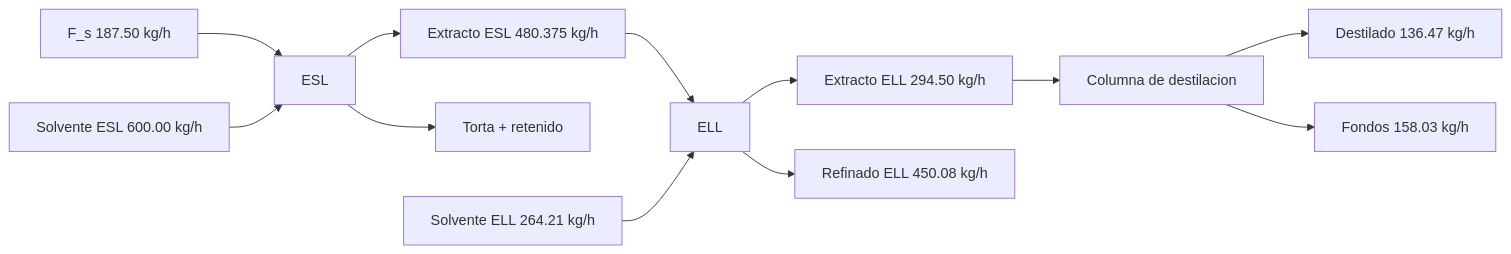
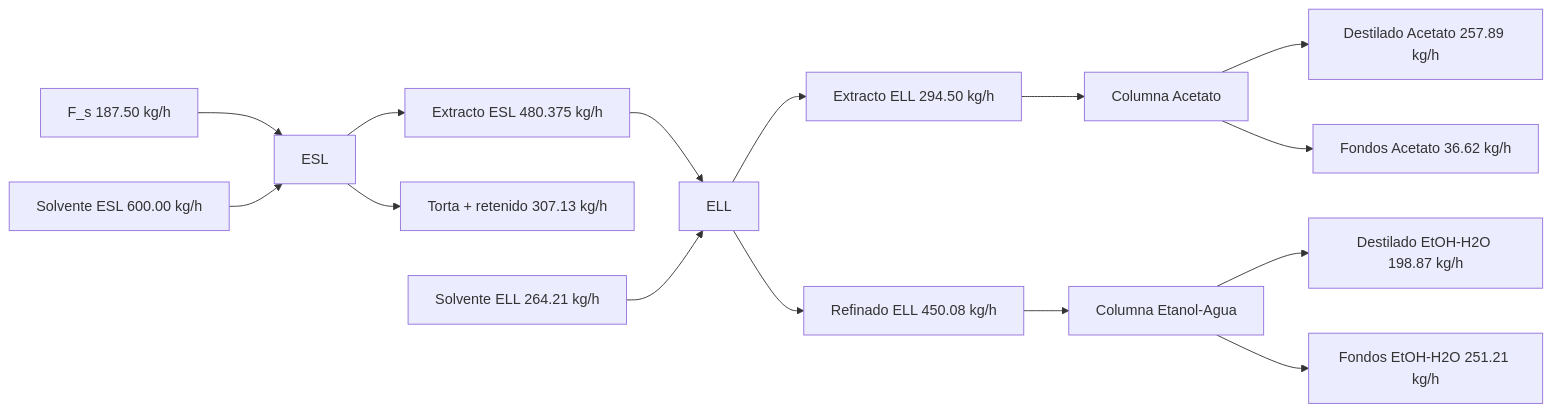
One commit to FosforoWork/Fenomenological_Digital_Model_Unit_Processes changed the second of 2 diagrams in PROYECTO_3ER BLOQUE/docs/Informe_3er_Bloque.md. Above: the diagram before and after it, drawn with Mermaid. The commit also changed other lines of this file and 16 other files, not shown here.

Commit message:
Add documentation for tamizado calculations and operations unitarias; implement graph generation for ELL and McCabe-Thiele diagrams

````diff
--- a/PROYECTO_3ER BLOQUE/docs/Informe_3er_Bloque.md
+++ b/PROYECTO_3ER BLOQUE/docs/Informe_3er_Bloque.md
@@ -58,14 +70,17 @@
 ```mermaid
 flowchart LR
-	F0[F_s 187.50 kg/h] --> ESL
-	S1[Solvente ESL 600.00 kg/h] --> ESL
-	ESL --> E1[Extracto ESL 480.375 kg/h]
-	ESL --> T1[Torta + retenido]
-	E1 --> ELL
-	S2[Solvente ELL 264.21 kg/h] --> ELL
-	ELL --> FE[Extracto ELL 294.50 kg/h]
-	ELL --> FR[Refinado ELL 450.08 kg/h]
-	FE --> COL[Columna de destilacion]
-	COL --> D[Destilado 136.47 kg/h]
-	COL --> B[Fondos 158.03 kg/h]
+    F0[F_s 187.50 kg/h] --> ESL
+    S1[Solvente ESL 600.00 kg/h] --> ESL
+    ESL --> E1[Extracto ESL 480.375 kg/h]
+    ESL --> T1[Torta + retenido 307.13 kg/h]
+    E1 --> ELL
+    S2[Solvente ELL 264.21 kg/h] --> ELL
+    ELL --> FE[Extracto ELL 294.50 kg/h]
+    ELL --> FR[Refinado ELL 450.08 kg/h]
+    FR --> CEA[Columna Etanol-Agua]
+    FE --> CAC[Columna Acetato]
+    CEA --> DEA[Destilado EtOH-H2O 198.87 kg/h]
+    CEA --> BEA[Fondos EtOH-H2O 251.21 kg/h]
+    CAC --> DAC[Destilado Acetato 257.89 kg/h]
+    CAC --> BAC[Fondos Acetato 36.62 kg/h]
 ```
````
